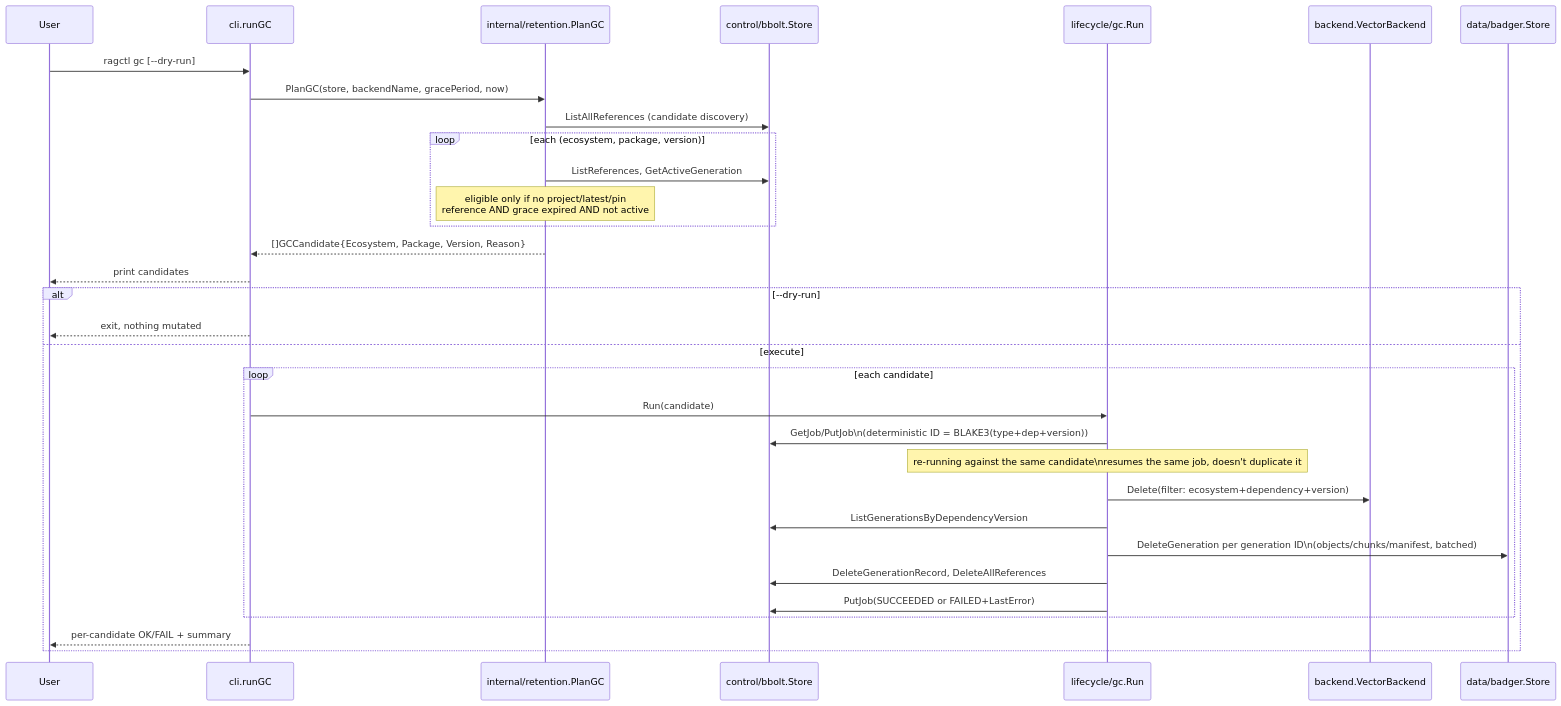
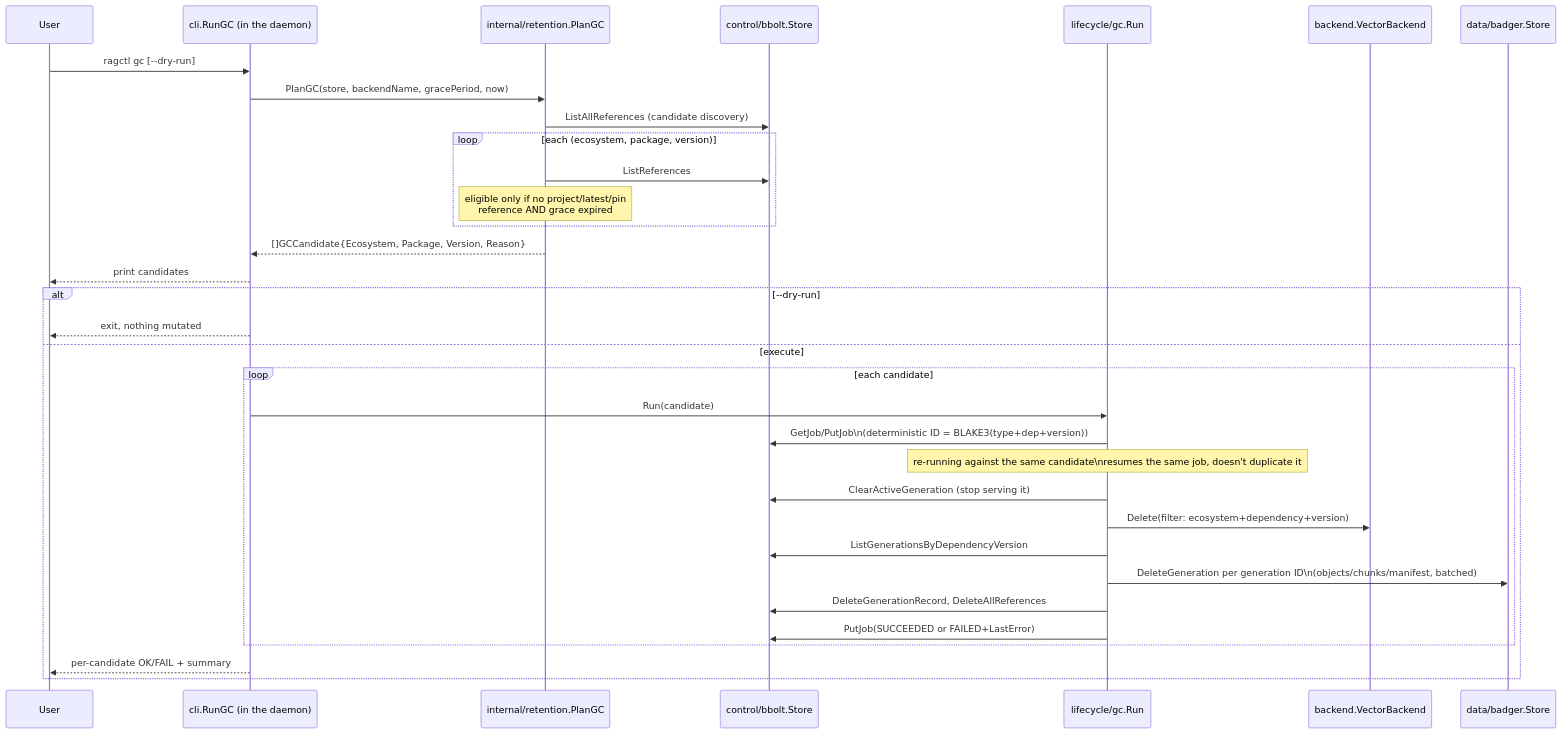
The diagram in docs/features/garbage-collection.md (aleutian-ai/depctl), drawn with Mermaid before and after one commit. The commit also changed other lines of this file and 114 other files, not shown here.

Commit message:
v0.3.1: per-generation layout shrinks keyword.db ~4x and vectors.db ~2.5x (auto-converted); scope latest/all-retained search to the active build; docs pass at package, project and repo level

````diff
--- a/docs/features/garbage-collection.md
+++ b/docs/features/garbage-collection.md
@@ -20,36 +21,37 @@
 ```mermaid
 sequenceDiagram
     participant User
-    participant CLI as cli.runGC
+    participant CLI as cli.RunGC (in the daemon)
     participant Ret as internal/retention.PlanGC
     participant Bbolt as control/bbolt.Store
     participant GC as lifecycle/gc.Run
     participant VB as backend.VectorBackend
     participant Badger as data/badger.Store
 
     User->>CLI: ragctl gc [--dry-run]
     CLI->>Ret: PlanGC(store, backendName, gracePeriod, now)
     Ret->>Bbolt: ListAllReferences (candidate discovery)
     loop each (ecosystem, package, version)
-        Ret->>Bbolt: ListReferences, GetActiveGeneration
-        Note over Ret: eligible only if no project/latest/pin<br/>reference AND grace expired AND not active
+        Ret->>Bbolt: ListReferences
+        Note over Ret: eligible only if no project/latest/pin<br/>reference AND grace expired
     end
     Ret-->>CLI: []GCCandidate{Ecosystem, Package, Version, Reason}
     CLI-->>User: print candidates
 
     alt --dry-run
         CLI-->>User: exit, nothing mutated
     else execute
         loop each candidate
             CLI->>GC: Run(candidate)
             GC->>Bbolt: GetJob/PutJob\n(deterministic ID = BLAKE3(type+dep+version))
             Note over GC: re-running against the same candidate\nresumes the same job, doesn't duplicate it
+            GC->>Bbolt: ClearActiveGeneration (stop serving it)
             GC->>VB: Delete(filter: ecosystem+dependency+version)
             GC->>Bbolt: ListGenerationsByDependencyVersion
             GC->>Badger: DeleteGeneration per generation ID\n(objects/chunks/manifest, batched)
             GC->>Bbolt: DeleteGenerationRecord, DeleteAllReferences
             GC->>Bbolt: PutJob(SUCCEEDED or FAILED+LastError)
         end
         CLI-->>User: per-candidate OK/FAIL + summary
     end
 ```
````
